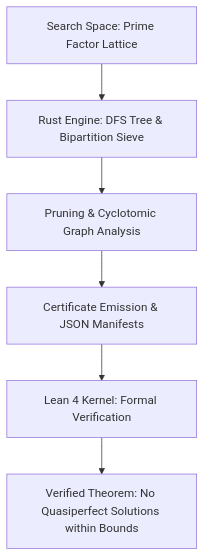
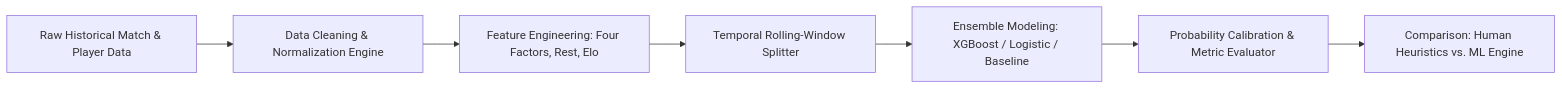
The diagram in CASE_STUDY.md (fderuiter/portfolio), drawn with Mermaid before and after one commit. The commit also changed other lines of this file and 7 other files, not shown here.

````diff
--- a/CASE_STUDY.md
+++ b/CASE_STUDY.md
@@ -498,8 +131,9 @@
 ```mermaid
-flowchart TD
-    A[Search Space: Prime Factor Lattice] --> B[Rust Engine: DFS Tree & Bipartition Sieve]
-    B --> C[Pruning & Cyclotomic Graph Analysis]
-    C --> D[Certificate Emission & JSON Manifests]
-    D --> E[Lean 4 Kernel: Formal Verification]
-    E --> F[Verified Theorem: No Quasiperfect Solutions within Bounds]
+flowchart LR
+    A[Raw Historical Match & Player Data] --> B[Data Cleaning & Normalization Engine]
+    B --> C[Feature Engineering: Four Factors, Rest, Elo]
+    C --> D[Temporal Rolling-Window Splitter]
+    D --> E[Ensemble Modeling: XGBoost / Logistic / Baseline]
+    E --> F[Probability Calibration & Metric Evaluator]
+    F --> G[Comparison: Human Heuristics vs. ML Engine]
 ```
````
